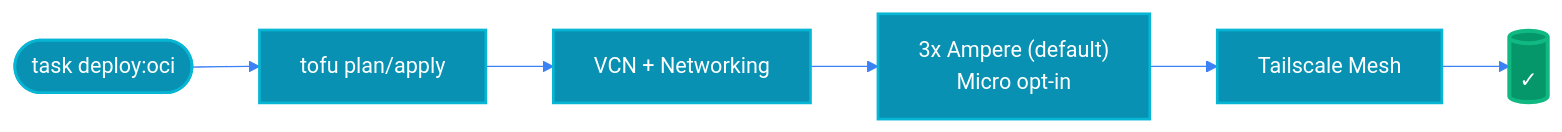
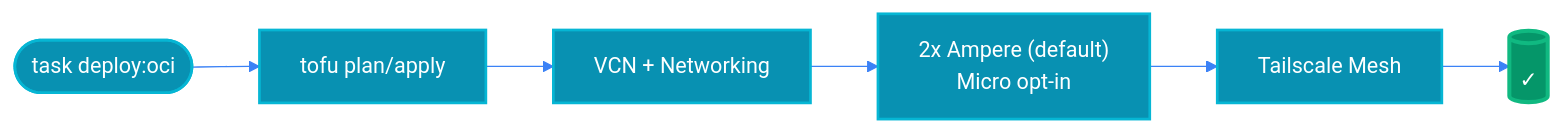
The third of 13 diagrams in docs/ARCHITECTURE-DIAGRAMS.md (syscode-labs/oci-free-tier-manager), drawn with Mermaid before and after one commit. The commit also changed other lines of this file and 6 other files, not shown here.

````diff
--- a/docs/ARCHITECTURE-DIAGRAMS.md
+++ b/docs/ARCHITECTURE-DIAGRAMS.md
@@ -96,19 +96,19 @@
 ```mermaid
 %%{init: {'theme':'base', 'themeVariables': { 'primaryColor':'#0891b2','primaryTextColor':'#fff','primaryBorderColor':'#06b6d4','lineColor':'#3b82f6','textColor':'#fff'}}}%%
 flowchart LR
     Start(["task deploy:oci"])
     Plan["tofu plan/apply"]
     VCN["VCN + Networking"]
-    Compute["3x Ampere (default)\nMicro opt-in"]
+    Compute["2x Ampere (default)\nMicro opt-in"]
     Mesh["Tailscale Mesh"]
     Done[("✓")]
 
     Start --> Plan --> VCN --> Compute --> Mesh --> Done
 
     style Start fill:#0891b2,stroke:#06b6d4,stroke-width:2px,color:#fff
     style Plan fill:#0891b2,stroke:#06b6d4,stroke-width:2px,color:#fff
     style VCN fill:#0891b2,stroke:#06b6d4,stroke-width:2px,color:#fff
     style Compute fill:#0891b2,stroke:#06b6d4,stroke-width:2px,color:#fff
     style Mesh fill:#0891b2,stroke:#06b6d4,stroke-width:2px,color:#fff
     style Done fill:#059669,stroke:#10b981,stroke-width:3px,color:#fff
 ```
````
